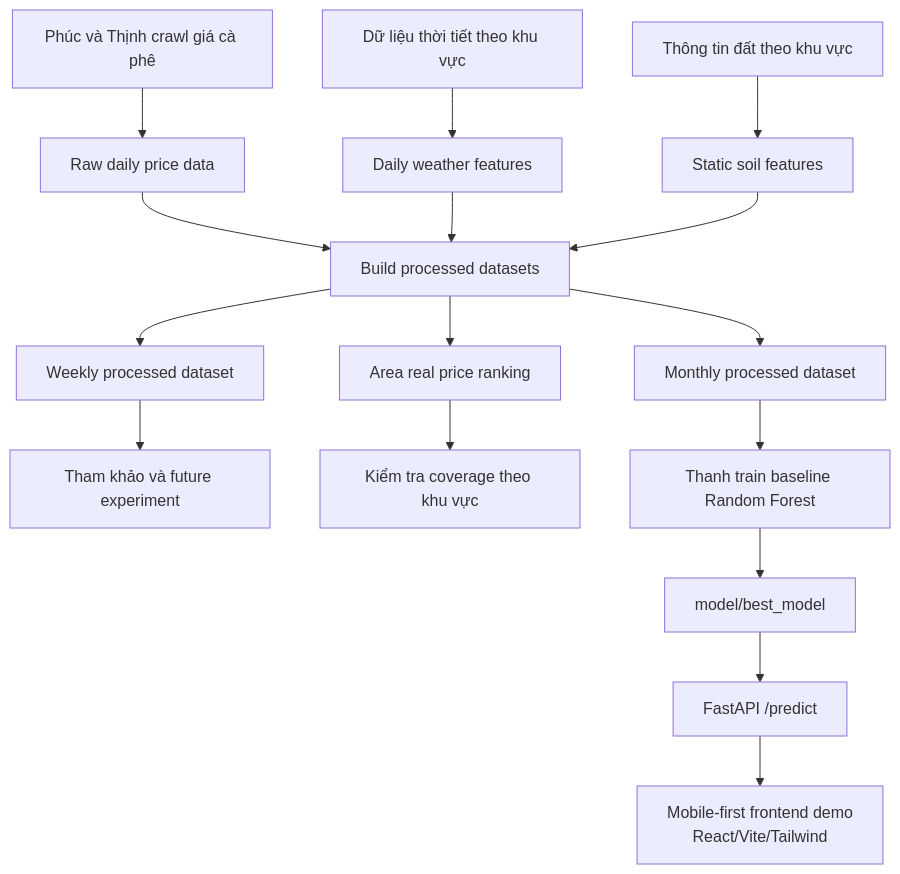
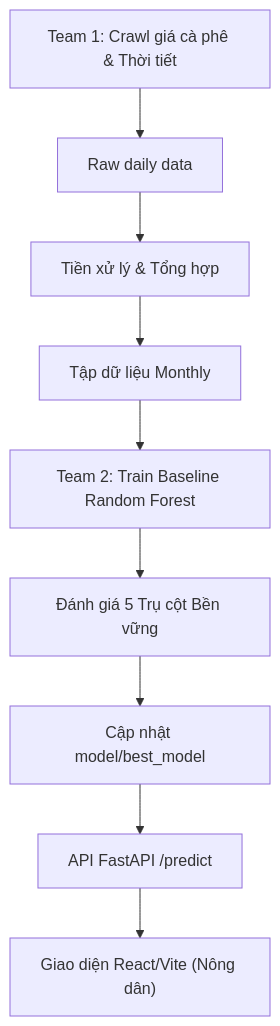
The diagram in README.md (uit-25730067-chithanh/AI002-Team22-DT10), drawn with Mermaid before and after one commit. The commit also changed other lines of this file and 2 other files, not shown here.

````diff
--- a/README.md
+++ b/README.md
@@ -42,22 +204,14 @@
 ```mermaid
 flowchart TD
-    A[Phúc và Thịnh crawl giá cà phê] --> B[Raw daily price data]
-    C[Dữ liệu thời tiết theo khu vực] --> D[Daily weather features]
-    E[Thông tin đất theo khu vực] --> F[Static soil features]
+    A["Team 1: Crawl giá cà phê & Thời tiết"] --> B["Raw daily data"]
+    
+    B --> G["Tiền xử lý & Tổng hợp"]
 
-    B --> G[Build processed datasets]
-    D --> G
-    F --> G
+    G --> I["Tập dữ liệu Monthly"]
+    I --> M["Team 2: Train Baseline Random Forest"]
 
-    G --> H[Weekly processed dataset]
-    G --> I[Monthly processed dataset]
-    G --> J[Area real price ranking]
-
-    H --> K[Tham khảo và future experiment]
-    J --> L[Kiểm tra coverage theo khu vực]
-    I --> M[Thanh train baseline Random Forest]
-
-    M --> N[model/best_model]
-    N --> O[FastAPI /predict]
-    O --> P[Mobile-first frontend demo<br/>React/Vite/Tailwind]
+    M --> N["Đánh giá 5 Trụ cột Bền vững"]
+    N --> O["Cập nhật model/best_model"]
+    O --> P["API FastAPI /predict"]
+    P --> Q["Giao diện React/Vite (Nông dân)"]
 ```
````
